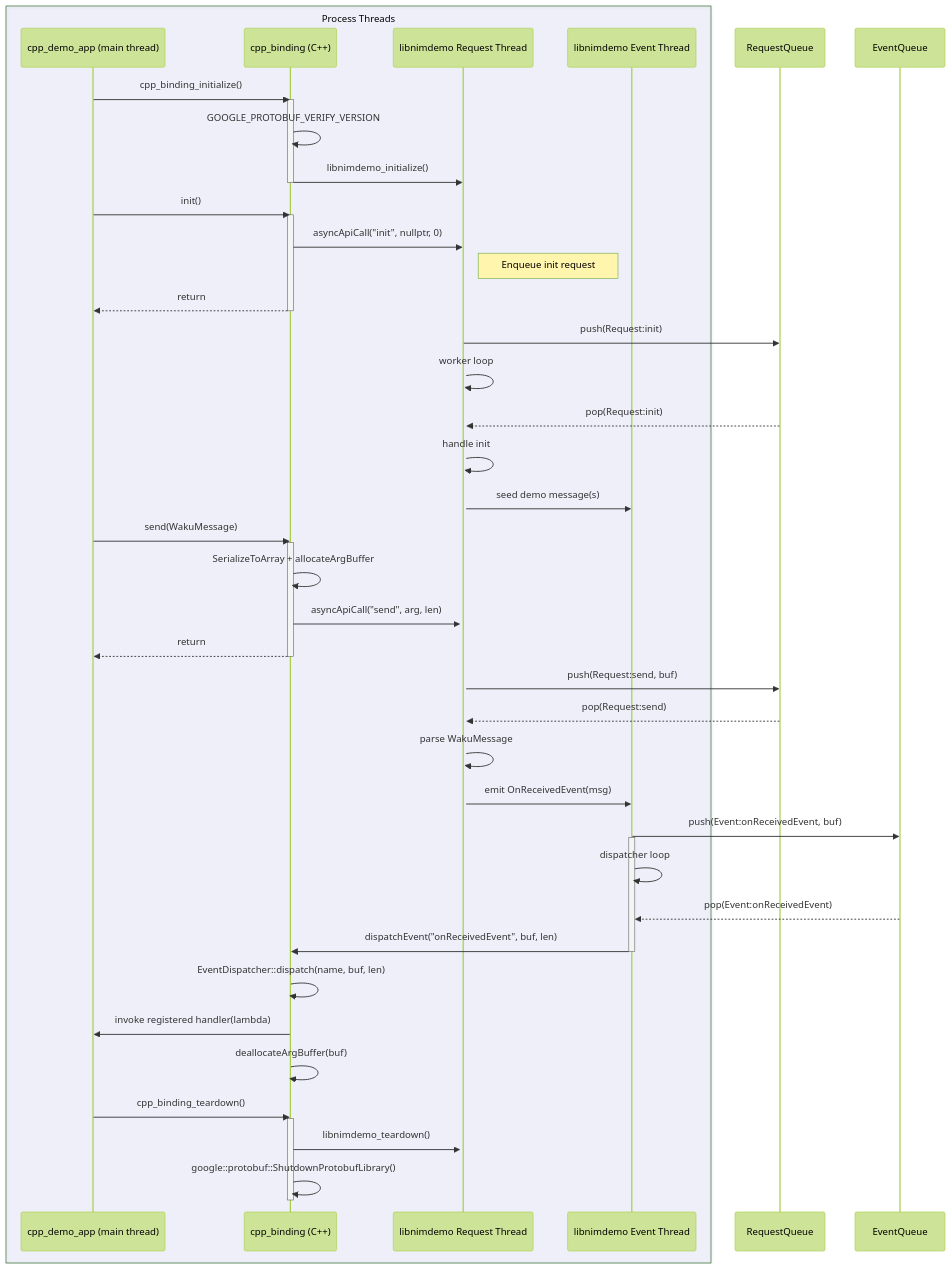
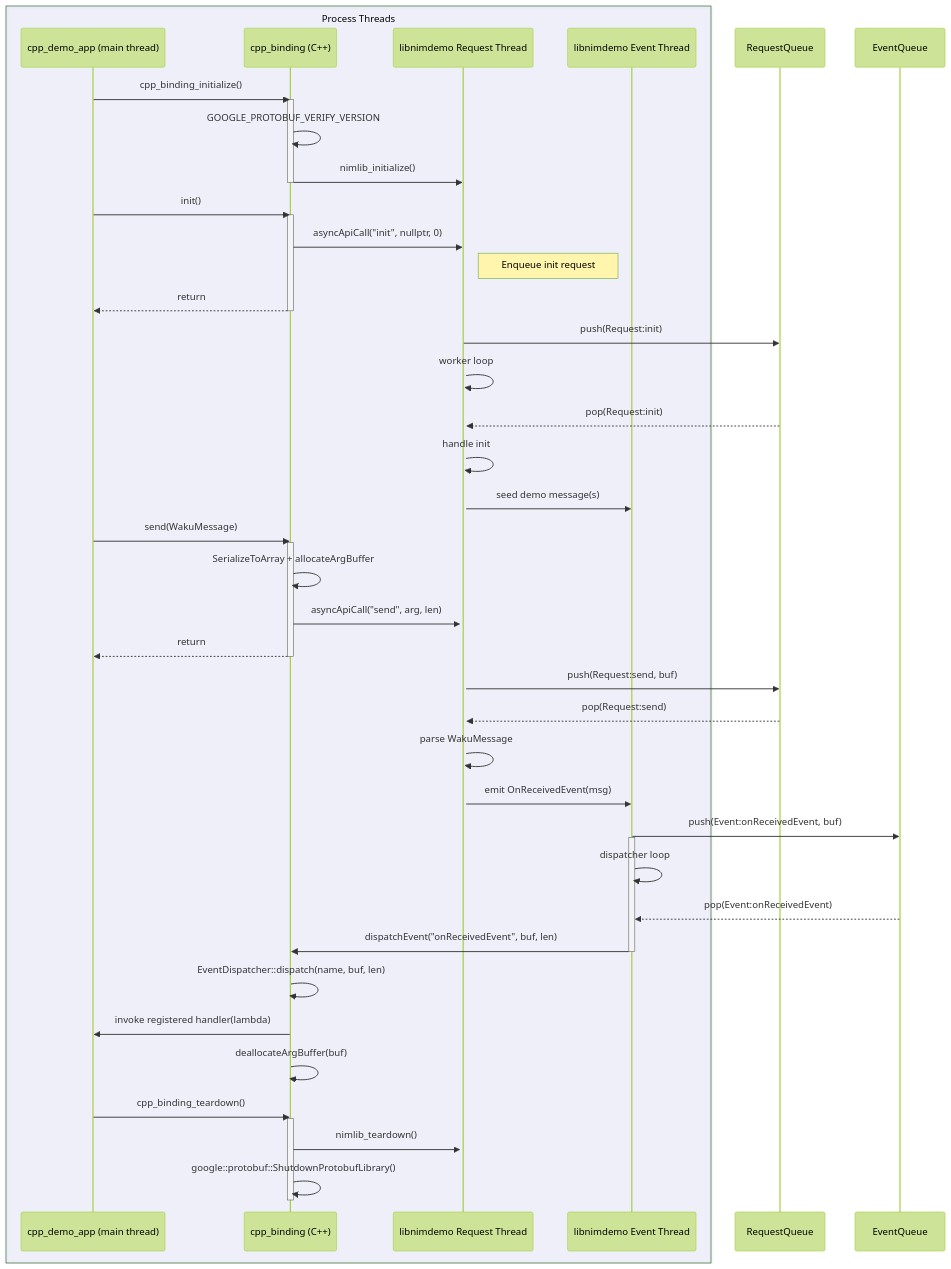
One commit to NagyZoltanPeter/nim-binding-demo changed the diagram in README.md. Above: the diagram before and after it, drawn with Mermaid (forest theme). The commit also changed 6 other files, not shown here.

Commit message:
Rename library initialize/teardown procs

````diff
--- a/README.md
+++ b/README.md
@@ -93,69 +93,69 @@
 ```mermaid
 sequenceDiagram
 	%% Participants
 	box rgba(200,200,255,0.2) Process Threads
 	participant CPP as cpp_demo_app (main thread)
 	participant CppBind as cpp_binding (C++)
 	participant NimReq as libnimdemo Request Thread
 	participant NimEvt as libnimdemo Event Thread
 	end
 	participant Qreq as RequestQueue
 	participant Qevt as EventQueue
 
 	%% Startup
 	CPP->>CppBind: cpp_binding_initialize()
 	activate CppBind
 	CppBind->>CppBind: GOOGLE_PROTOBUF_VERIFY_VERSION
-	CppBind->>NimReq: libnimdemo_initialize()
+	CppBind->>NimReq: nimlib_initialize()
 	deactivate CppBind
 
 	%% App init call
 	CPP->>CppBind: init()
 	activate CppBind
 	CppBind->>NimReq: asyncApiCall("init", nullptr, 0)
 	Note right of NimReq: Enqueue init request
 	CppBind-->>CPP: return
 	deactivate CppBind
 	NimReq->>Qreq: push(Request:init)
 
 	%% Request processing loop
 	activate NimReq
 	NimReq->>NimReq: worker loop
 	Qreq-->>NimReq: pop(Request:init)
 	NimReq->>NimReq: handle init
 	NimReq->>NimEvt: seed demo message(s)
 
 	%% Send message from app
 	CPP->>CppBind: send(WakuMessage)
 	activate CppBind
 	CppBind->>CppBind: SerializeToArray + allocateArgBuffer
 	CppBind->>NimReq: asyncApiCall("send", arg, len)
 	CppBind-->>CPP: return
 	deactivate CppBind
 	NimReq->>Qreq: push(Request:send, buf)
 
 	%% Request:send processing
 	Qreq-->>NimReq: pop(Request:send)
 	NimReq->>NimReq: parse WakuMessage
 	NimReq->>NimEvt: emit OnReceivedEvent(msg)
 
 	%% Event dispatching
 	NimEvt->>Qevt: push(Event:onReceivedEvent, buf)
 	activate NimEvt
 	NimEvt->>NimEvt: dispatcher loop
 	Qevt-->>NimEvt: pop(Event:onReceivedEvent)
 	NimEvt->>CppBind: dispatchEvent("onReceivedEvent", buf, len)
 	deactivate NimEvt
 
 	%% Callback invocation on app thread
 	CppBind->>CppBind: EventDispatcher::dispatch(name, buf, len)
 	CppBind->>CPP: invoke registered handler(lambda)
 	CppBind->>CppBind: deallocateArgBuffer(buf)
 
 	%% Teardown
 	CPP->>CppBind: cpp_binding_teardown()
 	activate CppBind
-	CppBind->>NimReq: libnimdemo_teardown()
+	CppBind->>NimReq: nimlib_teardown()
 	CppBind->>CppBind: google::protobuf::ShutdownProtobufLibrary()
 	deactivate CppBind
 ```
````
